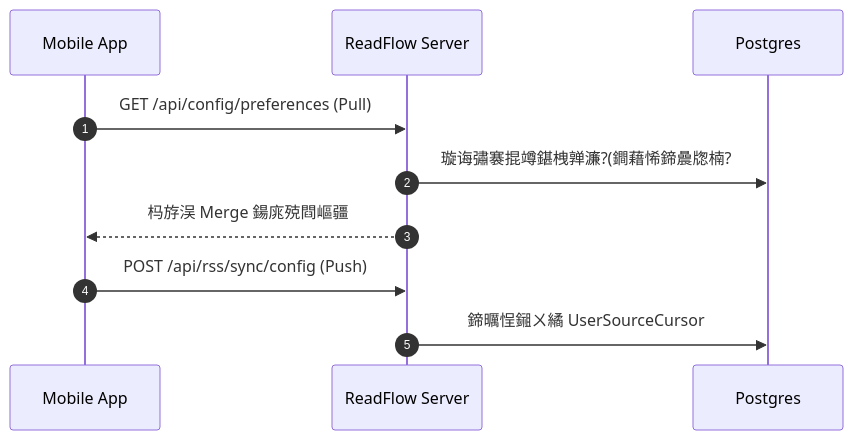
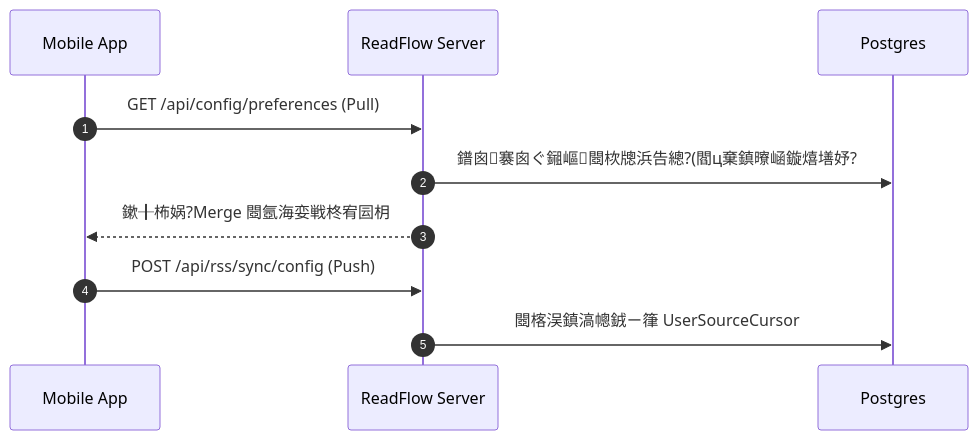
One commit to VirgoooooX/ReadFlow changed the second of 3 diagrams in README.md. Above: the diagram before and after it, drawn with Mermaid. The commit also changed other lines of this file and 2 other files, not shown here.

````diff
--- a/README.md
+++ b/README.md
@@ -73,13 +70,13 @@
 ```mermaid
 sequenceDiagram
   autonumber
   participant A as Mobile App
   participant S as ReadFlow Server
   participant P as Postgres
 
   A->>S: GET /api/config/preferences (Pull)
-  S->>P: 璇诲彇褰掍竴鍖栧亸濂?(鐧藉悕鍗曟牎楠?
-  S-->>A: 杩斿洖 Merge 鍚庣殑閰嶇疆
+  S->>P: 鐠囪褰囪ぐ鎺嶇閸栨牕浜告總?(閻ц棄鎮曢崡鏇熺墡妤?
+  S-->>A: 鏉╂柨娲?Merge 閸氬海娈戦柊宥囩枂
   A->>S: POST /api/rss/sync/config (Push)
-  S->>P: 鍗曞悜鎺ㄨ繘 UserSourceCursor
+  S->>P: 閸楁洖鎮滈幒銊ㄧ箻 UserSourceCursor
 ```
````
